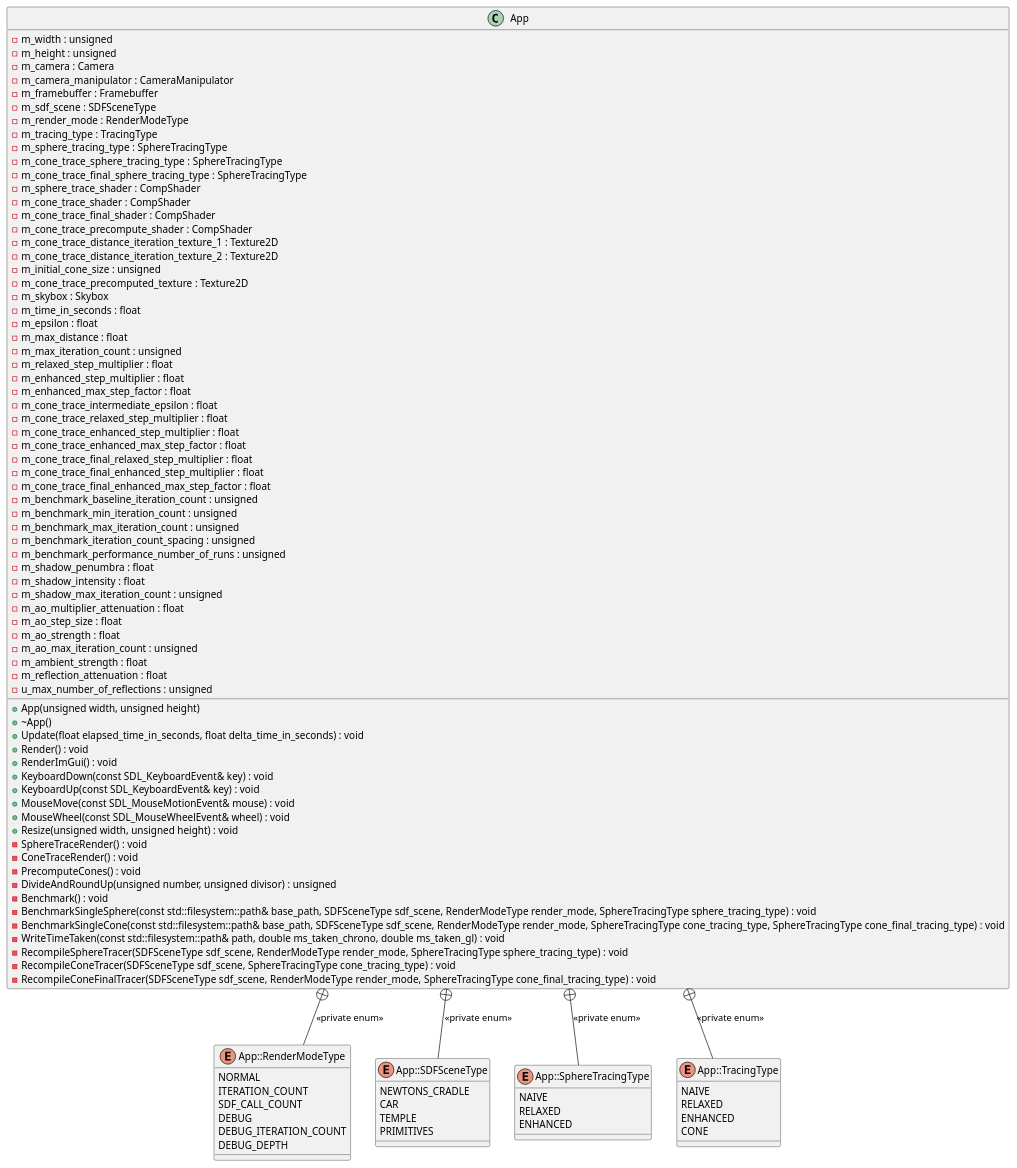
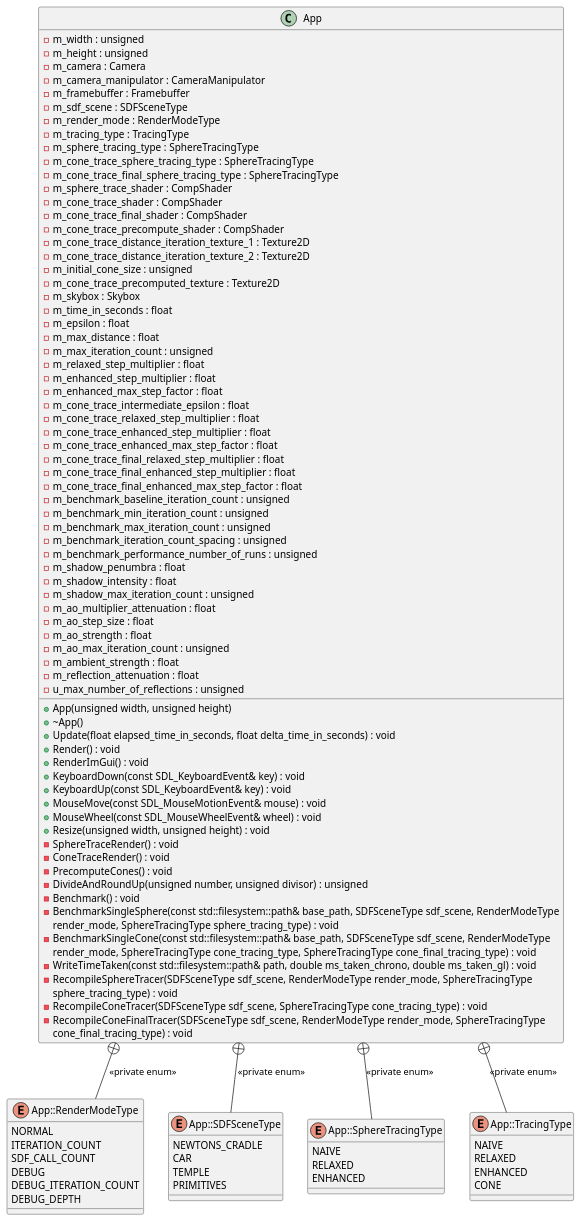
One commit to monkeysoop/szakdoga changed the diagram in docs/plantuml/App_class_diagram.puml. Above: the diagram before and after it, drawn with PlantUML. The commit also changed 13 other files, not shown here.

Commit message:
fixed plantuml diagrams and other smaller changes to docs

```diff
--- a/docs/plantuml/App_class_diagram.puml
+++ b/docs/plantuml/App_class_diagram.puml
@@ -1,117 +1,121 @@
 @startuml
 
 
 
 class App {
     + App(unsigned width, unsigned height)
     + ~App()
     + Update(float elapsed_time_in_seconds, float delta_time_in_seconds) : void
     + Render() : void
     + RenderImGui() : void
     + KeyboardDown(const SDL_KeyboardEvent& key) : void
     + KeyboardUp(const SDL_KeyboardEvent& key) : void
     + MouseMove(const SDL_MouseMotionEvent& mouse) : void
     + MouseWheel(const SDL_MouseWheelEvent& wheel) : void
     + Resize(unsigned width, unsigned height) : void
 	-m_width : unsigned
     -m_height : unsigned
     -m_camera : Camera
     -m_camera_manipulator : CameraManipulator
     -m_framebuffer : Framebuffer
     -m_sdf_scene : SDFSceneType
     -m_render_mode : RenderModeType
     -m_tracing_type : TracingType
     -m_sphere_tracing_type : SphereTracingType
     -m_cone_trace_sphere_tracing_type : SphereTracingType
     -m_cone_trace_final_sphere_tracing_type : SphereTracingType
     -m_sphere_trace_shader : CompShader
     -m_cone_trace_shader : CompShader
     -m_cone_trace_final_shader : CompShader
     -m_cone_trace_precompute_shader : CompShader
     -m_cone_trace_distance_iteration_texture_1 : Texture2D
     -m_cone_trace_distance_iteration_texture_2 : Texture2D
     -m_initial_cone_size : unsigned
     -m_cone_trace_precomputed_texture : Texture2D
     -m_skybox : Skybox
     -m_time_in_seconds : float
     -m_epsilon : float
     -m_max_distance : float
     -m_max_iteration_count : unsigned
     -m_relaxed_step_multiplier : float
     -m_enhanced_step_multiplier : float
     -m_enhanced_max_step_factor : float
     -m_cone_trace_intermediate_epsilon : float
     -m_cone_trace_relaxed_step_multiplier : float
     -m_cone_trace_enhanced_step_multiplier : float
     -m_cone_trace_enhanced_max_step_factor : float
     -m_cone_trace_final_relaxed_step_multiplier : float
     -m_cone_trace_final_enhanced_step_multiplier : float
     -m_cone_trace_final_enhanced_max_step_factor : float
     -m_benchmark_baseline_iteration_count : unsigned
     -m_benchmark_min_iteration_count : unsigned
     -m_benchmark_max_iteration_count : unsigned
     -m_benchmark_iteration_count_spacing : unsigned
     -m_benchmark_performance_number_of_runs : unsigned
     -m_shadow_penumbra : float
     -m_shadow_intensity : float
     -m_shadow_max_iteration_count : unsigned
     -m_ao_multiplier_attenuation : float
     -m_ao_step_size : float
     -m_ao_strength : float
     -m_ao_max_iteration_count : unsigned
     -m_ambient_strength : float
     -m_reflection_attenuation : float
     -u_max_number_of_reflections : unsigned
 	-SphereTraceRender() : void
     -ConeTraceRender() : void
     -PrecomputeCones() : void
     -DivideAndRoundUp(unsigned number, unsigned divisor) : unsigned
     -Benchmark() : void
-    -BenchmarkSingleSphere(const std::filesystem::path& base_path, SDFSceneType sdf_scene, RenderModeType render_mode, SphereTracingType sphere_tracing_type) : void
-    -BenchmarkSingleCone(const std::filesystem::path& base_path, SDFSceneType sdf_scene, RenderModeType render_mode, SphereTracingType cone_tracing_type, SphereTracingType cone_final_tracing_type) : void
+    -BenchmarkSingleSphere(const std::filesystem::path& base_path, SDFSceneType sdf_scene, RenderModeType 
+    render_mode, SphereTracingType sphere_tracing_type) : void
+    -BenchmarkSingleCone(const std::filesystem::path& base_path, SDFSceneType sdf_scene, RenderModeType 
+    render_mode, SphereTracingType cone_tracing_type, SphereTracingType cone_final_tracing_type) : void
     -WriteTimeTaken(const std::filesystem::path& path, double ms_taken_chrono, double ms_taken_gl) : void
-    -RecompileSphereTracer(SDFSceneType sdf_scene, RenderModeType render_mode, SphereTracingType sphere_tracing_type) : void
+    -RecompileSphereTracer(SDFSceneType sdf_scene, RenderModeType render_mode, SphereTracingType 
+    sphere_tracing_type) : void
     -RecompileConeTracer(SDFSceneType sdf_scene, SphereTracingType cone_tracing_type) : void
-    -RecompileConeFinalTracer(SDFSceneType sdf_scene, RenderModeType render_mode, SphereTracingType cone_final_tracing_type) : void
+    -RecompileConeFinalTracer(SDFSceneType sdf_scene, RenderModeType render_mode, SphereTracingType 
+    cone_final_tracing_type) : void
 }
 
 enum "App::RenderModeType" as RenderModeType {
     NORMAL
     ITERATION_COUNT
     SDF_CALL_COUNT
     DEBUG
     DEBUG_ITERATION_COUNT
     DEBUG_DEPTH
 }
 
 enum "App::SDFSceneType" as SDFSceneType {
     NEWTONS_CRADLE
     CAR
     TEMPLE
     PRIMITIVES
 }
 
 enum "App::SphereTracingType" as SphereTracingType {
     NAIVE
     RELAXED
     ENHANCED
 }
 
 enum "App::TracingType" as TracingType {
     NAIVE
     RELAXED
     ENHANCED
     CONE
 }
 
 App +-- RenderModeType : <<private enum>>
 
 App +-- SDFSceneType : <<private enum>>
 
 App +-- SphereTracingType : <<private enum>>
 
 App +-- TracingType : <<private enum>>
 
 
 
 @enduml
```
